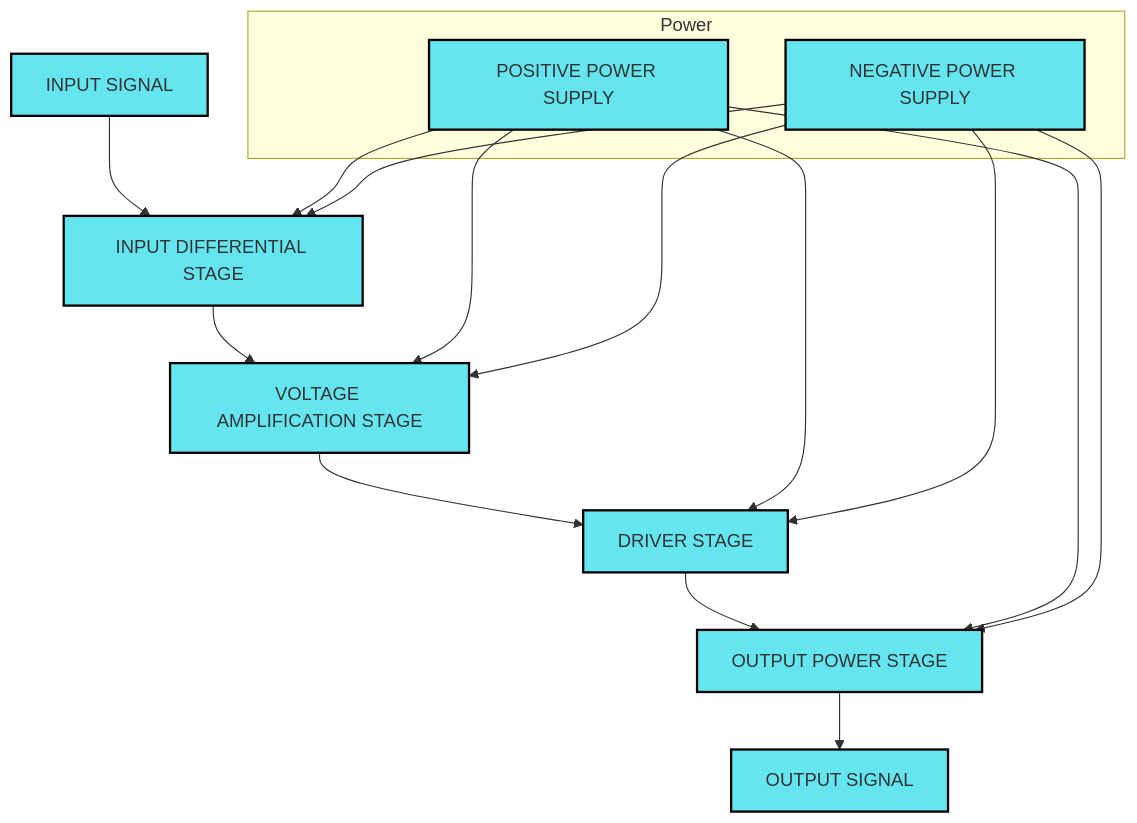
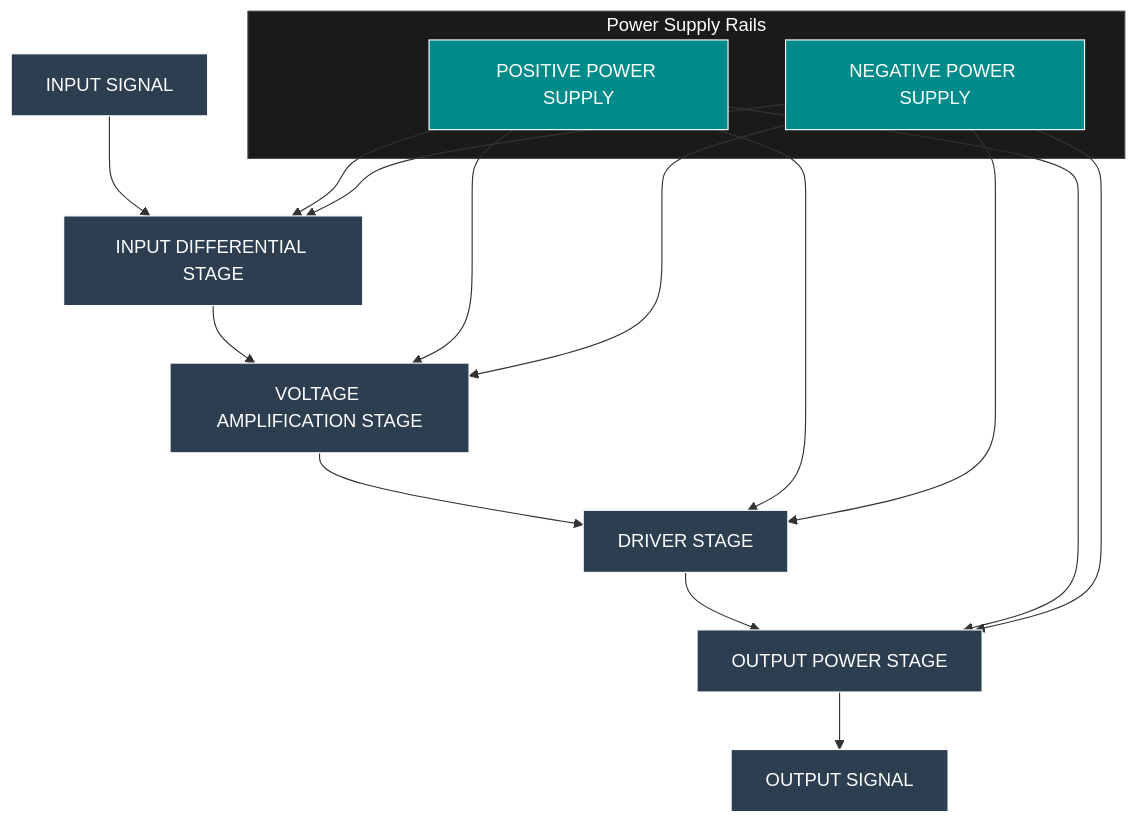
Before and after one commit to arlo0814/audio-electronics: the diagram in amplifier/diagram.mmd, drawn with Mermaid.

Commit message:
Enhance diagram with detailed labels and styles
Updated the diagram to include more descriptive labels and improved styling for clarity.

```diff
--- a/amplifier/diagram.mmd
+++ b/amplifier/diagram.mmd
@@ -1,32 +1,33 @@
 graph TD
-    subgraph Power
+    subgraph Power [Power Supply Rails]
         PPS[POSITIVE POWER SUPPLY]
         NPS[NEGATIVE POWER SUPPLY]
     end
 
     IS[INPUT SIGNAL] --> IDS[INPUT DIFFERENTIAL STAGE]
     IDS --> VAS[VOLTAGE AMPLIFICATION STAGE]
     VAS --> DS[DRIVER STAGE]
     DS --> OPS[OUTPUT POWER STAGE]
     OPS --> OS[OUTPUT SIGNAL]
 
-    %% Power Connections
+    %% Power distribution connections
     PPS --> IDS
     PPS --> VAS
     PPS --> DS
     PPS --> OPS
 
     NPS --> IDS
     NPS --> VAS
     NPS --> DS
     NPS --> OPS
 
-    %% Styling
-    style PPS fill:#64e5ef,stroke:#000,stroke-width:2px
-    style NPS fill:#64e5ef,stroke:#000,stroke-width:2px
-    style IS fill:#64e5ef,stroke:#000,stroke-width:2px
-    style IDS fill:#64e5ef,stroke:#000,stroke-width:2px
-    style VAS fill:#64e5ef,stroke:#000,stroke-width:2px
-    style DS fill:#64e5ef,stroke:#000,stroke-width:2px
-    style OPS fill:#64e5ef,stroke:#000,stroke-width:2px
-    style OS fill:#64e5ef,stroke:#000,stroke-width:2px
+    %% Style
+    style Power fill:#1a1a1a,stroke:#444,color:#fff
+    style PPS fill:#008b8b,stroke:#fff,color:#fff
+    style NPS fill:#008b8b,stroke:#fff,color:#fff
+    style IS fill:#2c3e50,stroke:#fff,color:#fff
+    style IDS fill:#2c3e50,stroke:#fff,color:#fff
+    style VAS fill:#2c3e50,stroke:#fff,color:#fff
+    style DS fill:#2c3e50,stroke:#fff,color:#fff
+    style OPS fill:#2c3e50,stroke:#fff,color:#fff
+    style OS fill:#2c3e50,stroke:#fff,color:#fff
```
